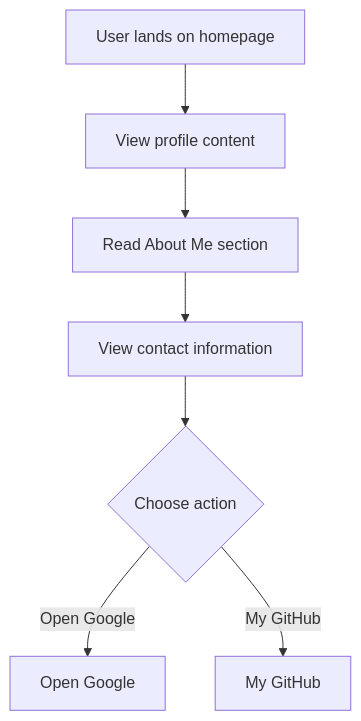
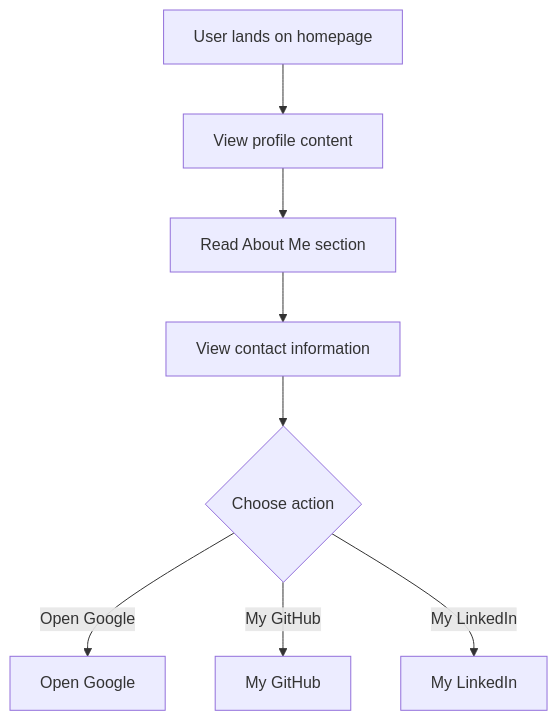
One commit to naseraljed-star/my_site changed the diagram in docs/developer-guide.md. Above: the diagram before and after it, drawn with Mermaid. The commit also changed other lines of this file and 2 other files, not shown here.

````diff
--- a/docs/developer-guide.md
+++ b/docs/developer-guide.md
@@ -14,9 +14,10 @@
 ```mermaid
 flowchart TD
     A[User lands on homepage] --> B[View profile content]
     B --> C[Read About Me section]
     C --> D[View contact information]
     D --> E{Choose action}
     E -->|Open Google| OpenGoogle[Open Google]
     E -->|My GitHub| MyGitHub[My GitHub]
+    E -->|My LinkedIn| MyLinkedIn[My LinkedIn]
 ```
````
